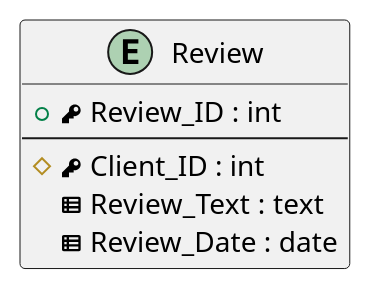
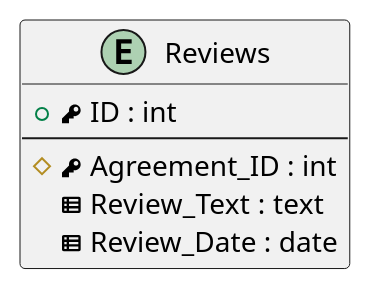
The diagram in Labs/Lab1/Tables/Entities/Review.puml (DmitryVasilkovW/ITMO-Database-design-labs-4-sem), drawn with PlantUML before and after one commit. The commit also changed 13 other files, not shown here.

```diff
--- a/Labs/Lab1/Tables/Entities/Review.puml
+++ b/Labs/Lab1/Tables/Entities/Review.puml
@@ -1,10 +1,10 @@
 @startuml
-entity "Review" as review
+entity "Reviews" as review
  {
-  + <&key> Review_ID : int
+  + <&key> ID : int
   --
-  # <&key> Client_ID : int
+  # <&key> Agreement_ID : int
   <&spreadsheet> Review_Text : text
   <&spreadsheet> Review_Date : date
 }
 @enduml
```
